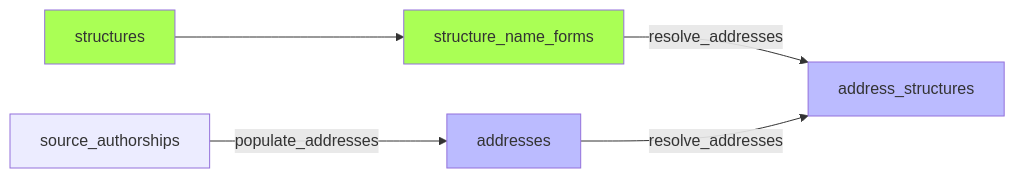
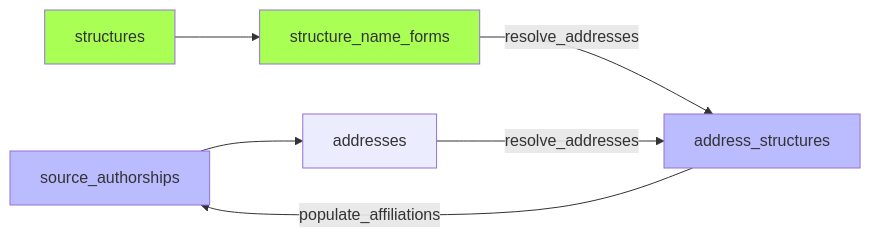
One commit to Y33sha/bibliometrie-uca changed the third of 10 diagrams in docs/pipeline.md. Above: the diagram before and after it, drawn with Mermaid. The commit also changed other lines of this file and 4 other files, not shown here.

First line of the commit message:
doc : mise à jour exploitation/pipeline/architecture + suppression SQL obsolètes

````diff
--- a/docs/pipeline.md
+++ b/docs/pipeline.md
@@ -91,11 +95,12 @@
 ```mermaid
 flowchart LR
-    A[source_authorships]-->|populate_addresses|B[addresses]
+    A[source_authorships]-->B[addresses]
     D[structures]-->E[structure_name_forms]
     E-->|resolve_addresses|F[address_structures]
     B-->|resolve_addresses|F
+    F-->|populate_affiliations|A
     classDef new  fill:#bbf
     classDef valid  fill:#af5
-    class B,F new;
+    class A,F new;
     class D,E valid;
 ```
````
